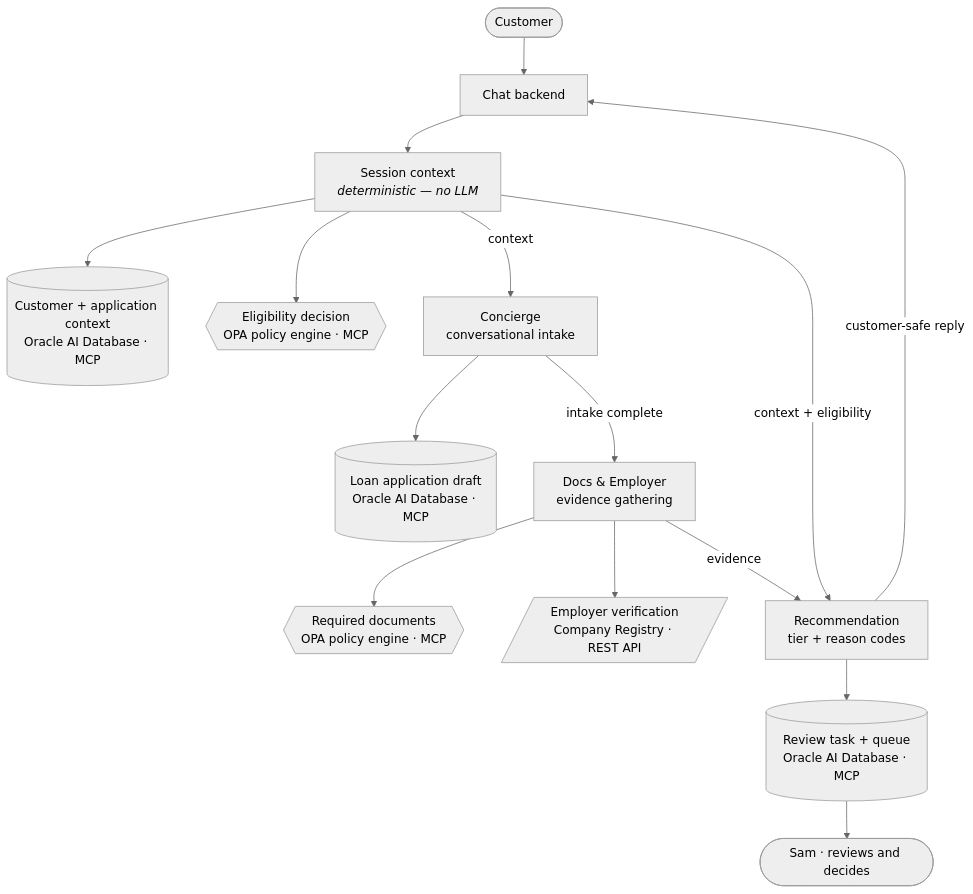
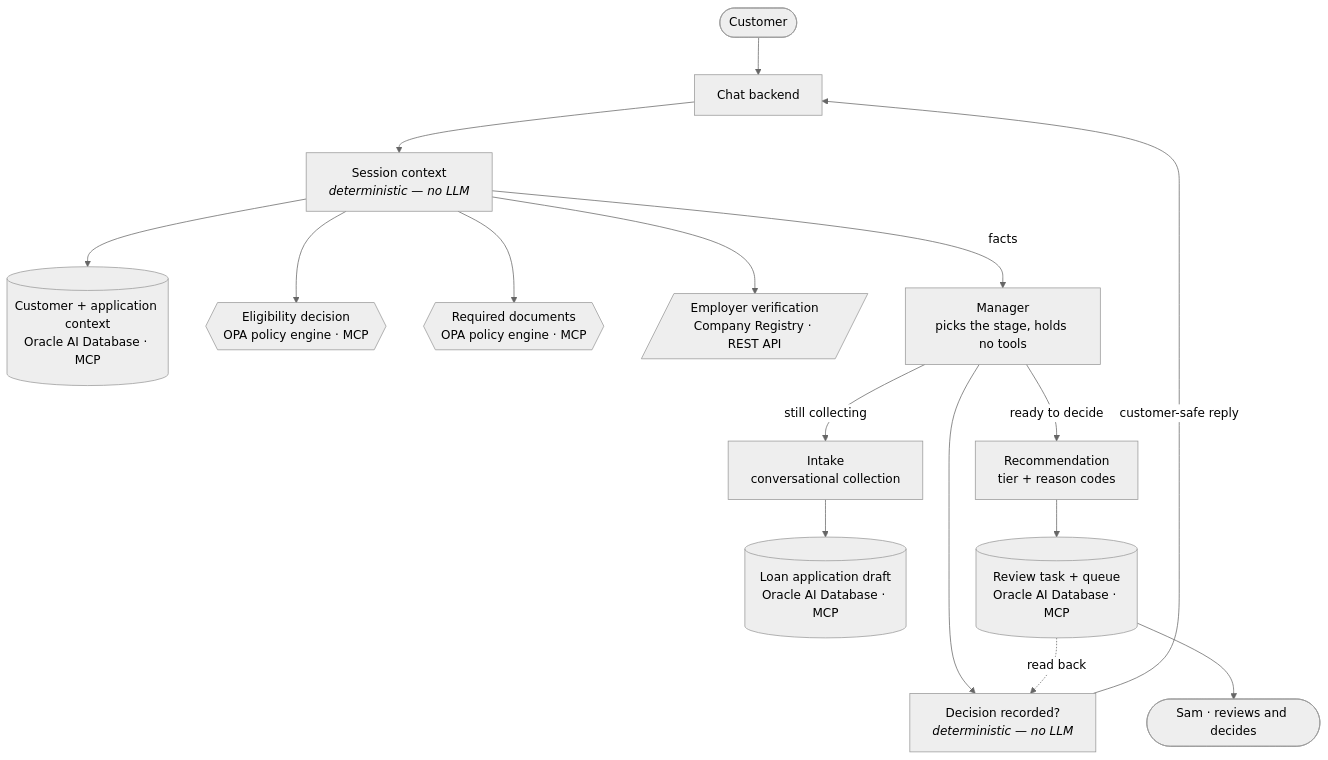
One commit to vmleon/oracle-database-private-agent-factory-poc changed the third of 5 diagrams in README.md. Above: the diagram before and after it, drawn with Mermaid (neutral theme). The commit also changed other lines of this file and 20 other files, not shown here.

Commit message:
docs(flow): describe CHAT_FLOW as a manager with sub-agents

````diff
--- a/README.md
+++ b/README.md
@@ -65,21 +65,24 @@
 ```mermaid
 flowchart TD
     cust(["Customer"]) --> be["Chat backend"]
     be --> entry["Session context<br/><i>deterministic — no LLM</i>"]
     entry --> ctx[("Customer + application context<br/>Oracle AI Database · MCP")]
     entry --> elig{{"Eligibility decision<br/>OPA policy engine · MCP"}}
 
-    entry -->|context| conc["Concierge<br/>conversational intake"]
-    conc --> draft[("Loan application draft<br/>Oracle AI Database · MCP")]
+    entry --> reqd{{"Required documents<br/>OPA policy engine · MCP"}}
+    entry --> reg[/"Employer verification<br/>Company Registry · REST API"/]
 
-    conc -->|"intake complete"| docs["Docs &amp; Employer<br/>evidence gathering"]
-    docs --> reqd{{"Required documents<br/>OPA policy engine · MCP"}}
-    docs --> reg[/"Employer verification<br/>Company Registry · REST API"/]
+    entry -->|facts| mgr["Manager<br/>picks the stage, holds no tools"]
 
-    docs -->|evidence| rec["Recommendation<br/>tier + reason codes"]
-    entry -->|"context + eligibility"| rec
+    mgr -->|"still collecting"| intake["Intake<br/>conversational collection"]
+    intake --> draft[("Loan application draft<br/>Oracle AI Database · MCP")]
+
+    mgr -->|"ready to decide"| rec["Recommendation<br/>tier + reason codes"]
     rec --> task[("Review task + queue<br/>Oracle AI Database · MCP")]
 
+    mgr --> chk["Decision recorded?<br/><i>deterministic — no LLM</i>"]
+    task -.->|"read back"| chk
+
     task --> sam(["Sam · reviews and decides"])
-    rec -->|"customer-safe reply"| be
+    chk -->|"customer-safe reply"| be
 ```
````
